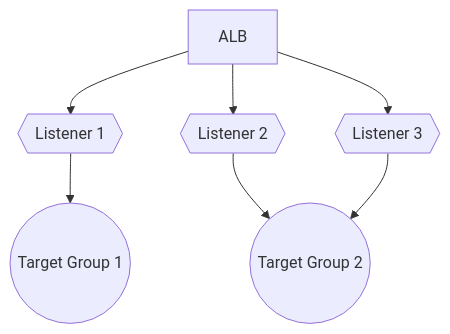
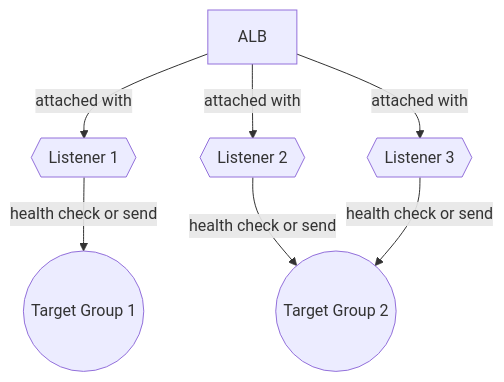
The diagram in README.md (Carricaner/ha-infra-template), drawn with Mermaid before and after one commit. The commit also changed other lines of this file and 2 other files, not shown here.

Commit message:
Add one NAT Gateway for each AZ

````diff
--- a/README.md
+++ b/README.md
@@ -19,13 +18,17 @@
     ```mermaid
     flowchart TD
     ALB
     L1{{Listener 1}}
     L2{{Listener 2}}
     L3{{Listener 3}}
     TG1((Target Group 1))
     TG2((Target Group 2))
 
-    ALB --> L1 --> TG1
-    ALB --> L2 --> TG2
-    ALB --> L3 --> TG2
+    ALB -->|attached with| L1
+    ALB -->|attached with| L2
+    ALB -->|attached with| L3
+
+    L1 -->|health check or send| TG1
+    L2 -->|health check or send| TG2
+    L3 -->|health check or send| TG2
     ```
````
